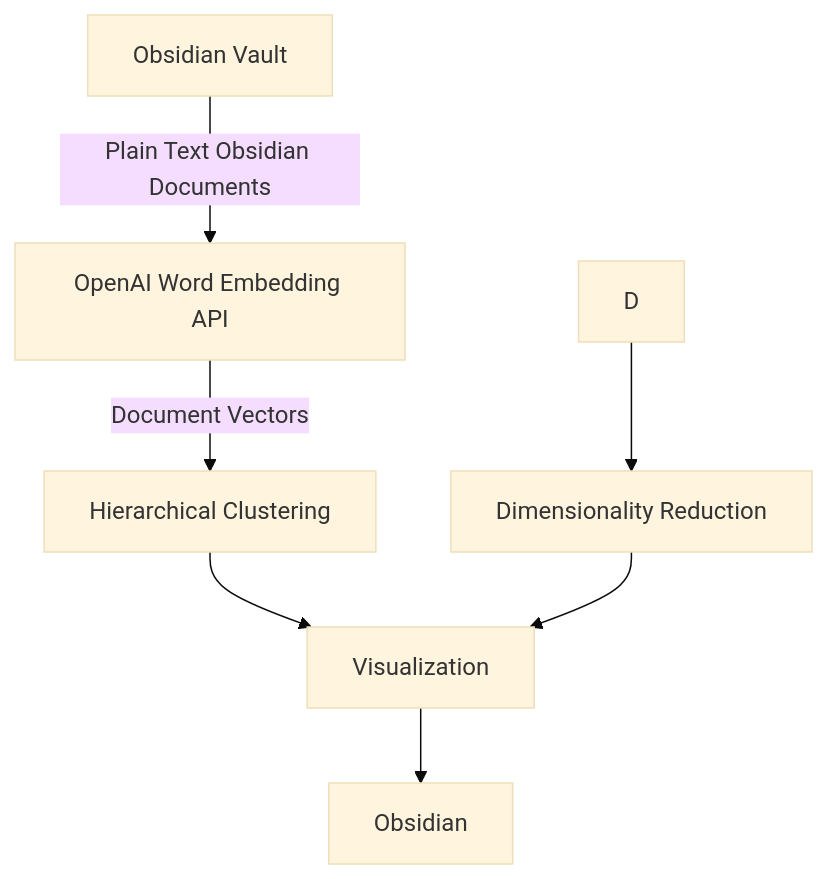
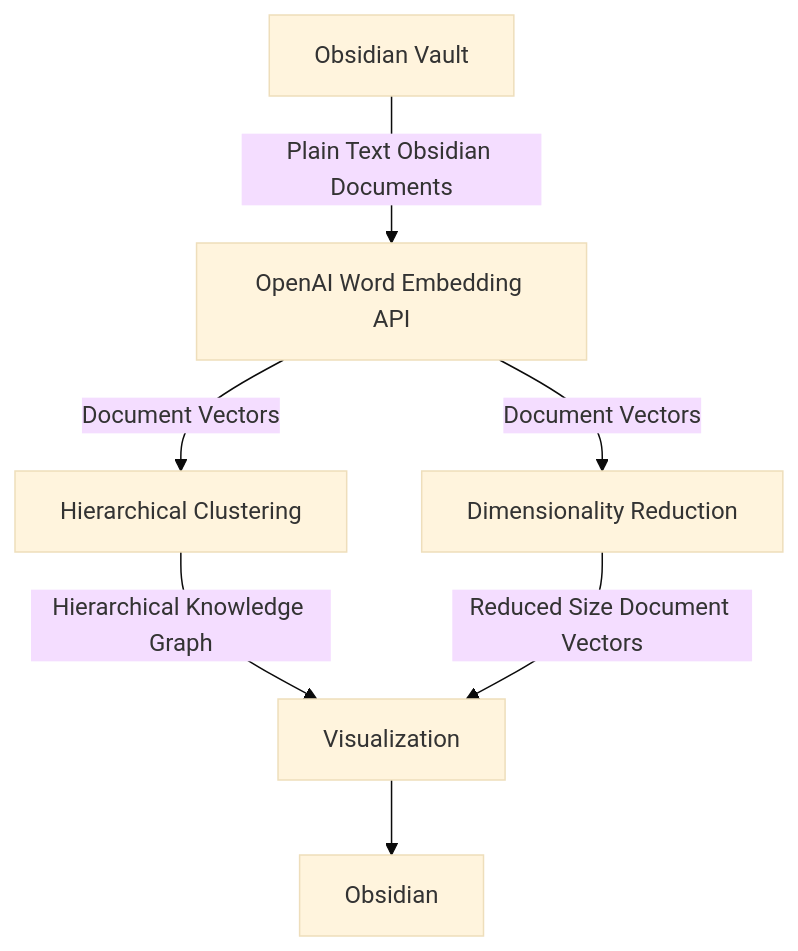
One commit to aidanbx/GraphGurusVault changed the diagram in Garden/System Pipeline.md. Above: the diagram before and after it, drawn with Mermaid (base theme). The commit also changed other lines of this file, not shown here.

Commit message:
Aidan vault backup: 2023-02-07 12:45:35

````diff
--- a/Garden/System Pipeline.md
+++ b/Garden/System Pipeline.md
@@ -1,17 +1,17 @@
 ```mermaid
 graph TD
 
 A[Obsidian Vault]
 C[OpenAI Word Embedding API]
 E[Hierarchical Clustering]
 F[Dimensionality Reduction]
 G[Visualization]
 H[Obsidian]
 
 A -->|Plain Text Obsidian Documents| C
 C -->|Document Vectors| E
-D --> F
-E --> G
-F --> G
+C -->|Document Vectors| F
+E -->|Hierarchical Knowledge Graph| G
+F -->|Reduced Size Document Vectors | G
 G --> H
 ```
````
